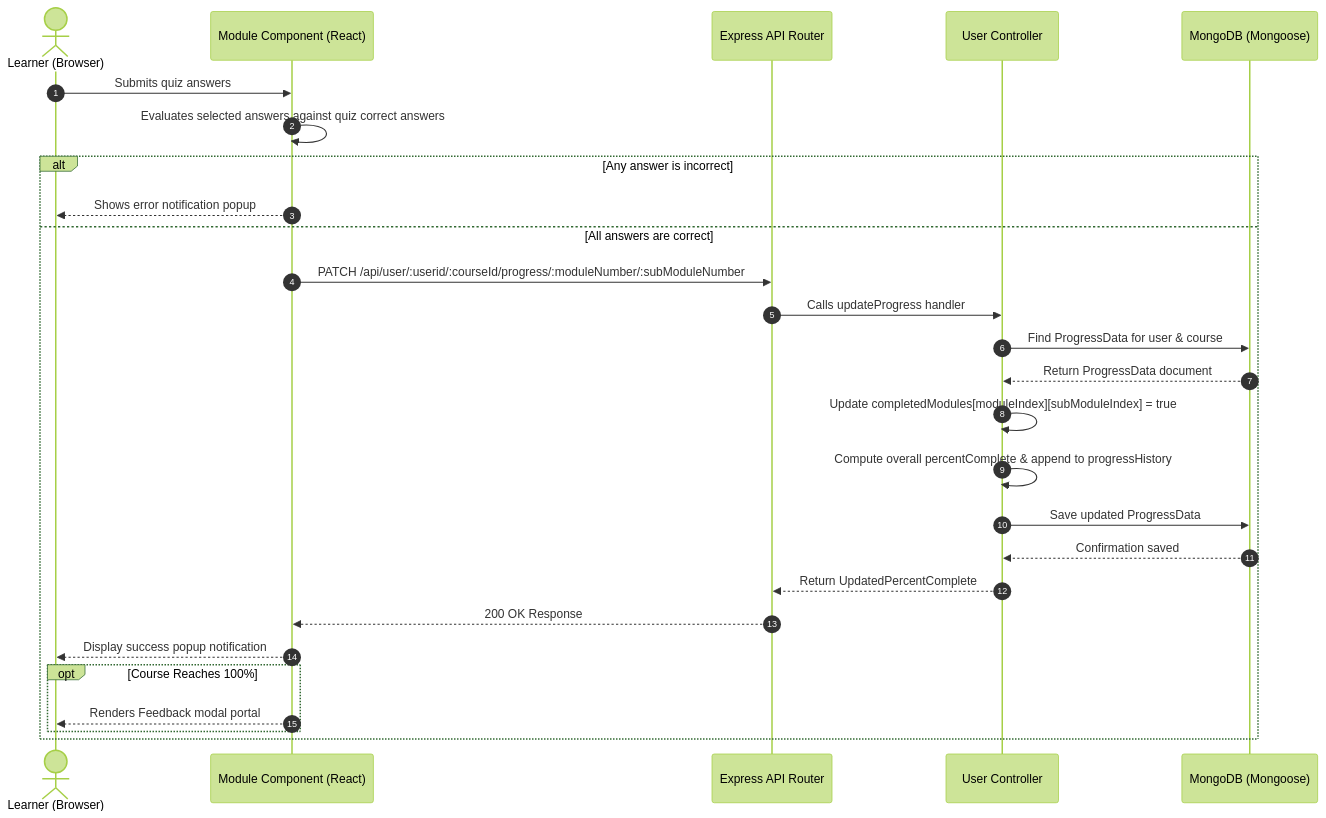
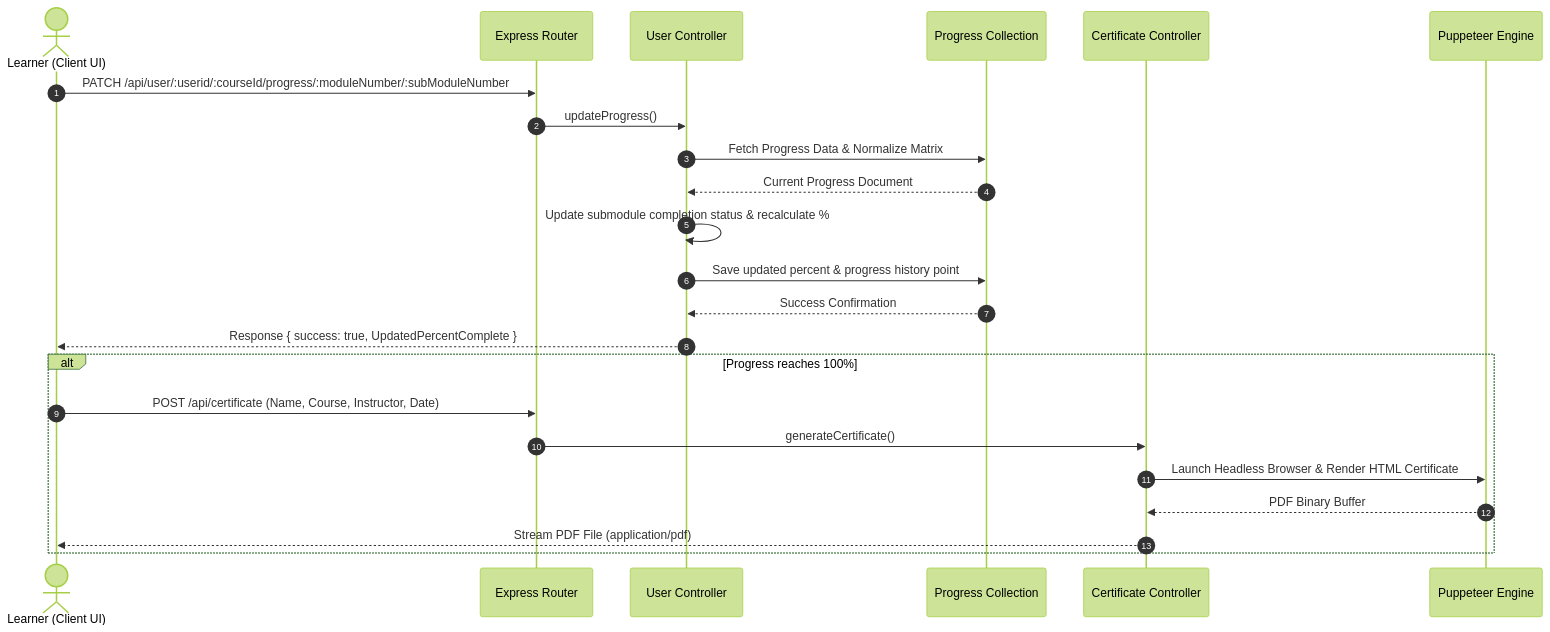
The third of 3 diagrams in architecture.md (abdul8704/EduTrack), drawn with Mermaid (forest theme) before and after one commit. The commit also changed other lines of this file, not shown here.

Commit message:
docs: sync architecture, API surface, and data models with implementation

````diff
--- a/architecture.md
+++ b/architecture.md
@@ -313,30 +305,27 @@
 ```mermaid
 sequenceDiagram
     autonumber
-    actor Learner as Learner (Browser)
-    participant ModuleComp as Module Component (React)
-    participant API as Express API Router
+    actor Learner as Learner (Client UI)
+    participant Express as Express Router
     participant UserCtrl as User Controller
-    participant DB as MongoDB (Mongoose)
+    participant ProgressDB as Progress Collection
+    participant CertCtrl as Certificate Controller
+    participant Puppeteer as Puppeteer Engine
 
-    Learner->>ModuleComp: Submits quiz answers
-    ModuleComp->>ModuleComp: Evaluates selected answers against quiz correct answers
-    alt Any answer is incorrect
-        ModuleComp-->>Learner: Shows error notification popup
-    else All answers are correct
-        ModuleComp->>API: PATCH /api/user/:userid/:courseId/progress/:moduleNumber/:subModuleNumber
-        API->>UserCtrl: Calls updateProgress handler
-        UserCtrl->>DB: Find ProgressData for user & course
-        DB-->>UserCtrl: Return ProgressData document
-        UserCtrl->>UserCtrl: Update completedModules[moduleIndex][subModuleIndex] = true
-        UserCtrl->>UserCtrl: Compute overall percentComplete & append to progressHistory
-        UserCtrl->>DB: Save updated ProgressData
-        DB-->>UserCtrl: Confirmation saved
-        UserCtrl-->>API: Return UpdatedPercentComplete
-        API-->>ModuleComp: 200 OK Response
-        ModuleComp-->>Learner: Display success popup notification
-        opt Course Reaches 100%
-            ModuleComp-->>Learner: Renders Feedback modal portal
-        end
+    Learner->>Express: PATCH /api/user/:userid/:courseId/progress/:moduleNumber/:subModuleNumber
+    Express->>UserCtrl: updateProgress()
+    UserCtrl->>ProgressDB: Fetch Progress Data & Normalize Matrix
+    ProgressDB-->>UserCtrl: Current Progress Document
+    UserCtrl->>UserCtrl: Update submodule completion status & recalculate %
+    UserCtrl->>ProgressDB: Save updated percent & progress history point
+    ProgressDB-->>UserCtrl: Success Confirmation
+    UserCtrl-->>Learner: Response { success: true, UpdatedPercentComplete }
+
+    alt Progress reaches 100%
+        Learner->>Express: POST /api/certificate (Name, Course, Instructor, Date)
+        Express->>CertCtrl: generateCertificate()
+        CertCtrl->>Puppeteer: Launch Headless Browser & Render HTML Certificate
+        Puppeteer-->>CertCtrl: PDF Binary Buffer
+        CertCtrl-->>Learner: Stream PDF File (application/pdf)
     end
 ```
````
